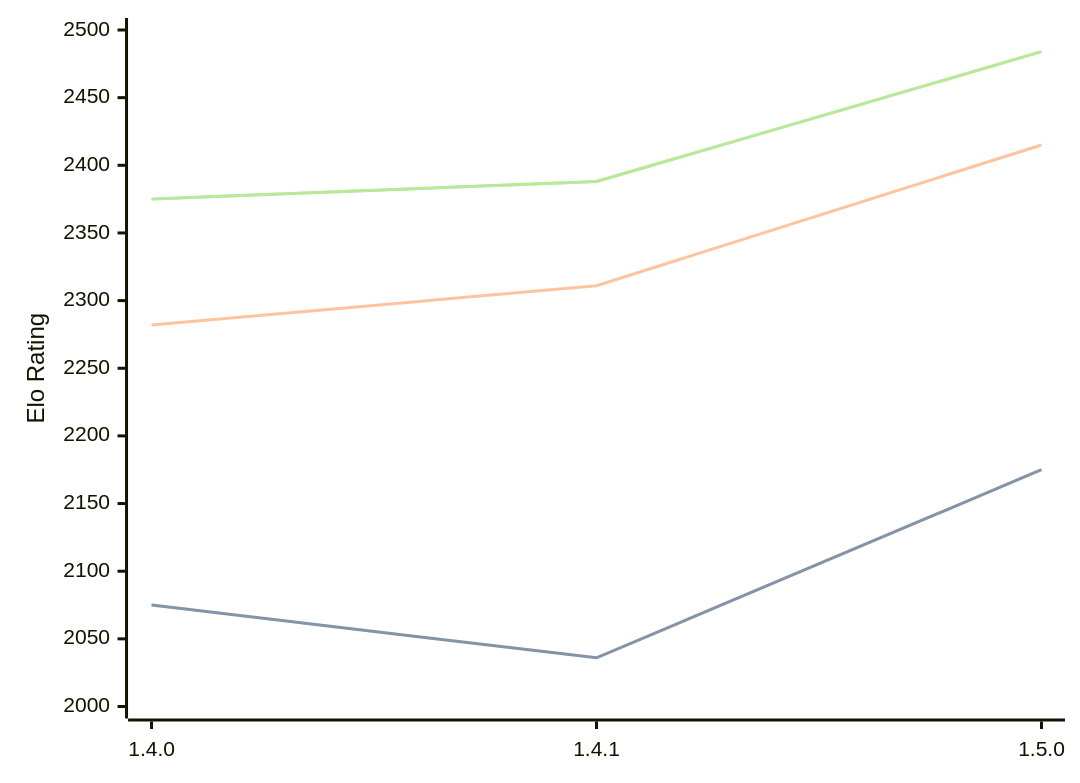
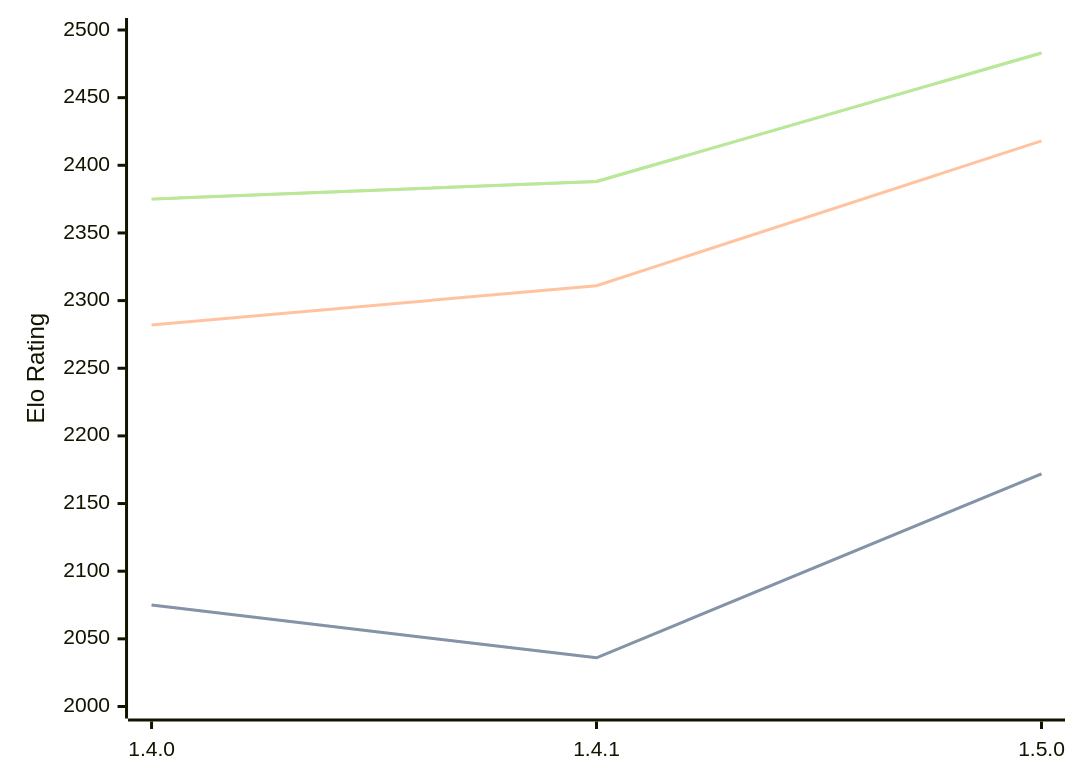
One commit to computer-chess-index/cci changed the first of 3 diagrams in engines/Tofiks.md. Above: the diagram before and after it, drawn with Mermaid. The commit also changed other lines of this file, not shown here.

Commit message:
Update CCI Ratings (ELO VLTC) - 2026-06-16

````diff
--- a/engines/Tofiks.md
+++ b/engines/Tofiks.md
@@ -37,11 +37,11 @@
 ```mermaid
 %%{init: {"theme":"base","themeVariables":{"seriesColors:['#a3a3a3','#222221','#faa371']}}}%%
 xychart-beta
   x-axis ["1.4.0", "1.4.1", "1.5.0"]
   y-axis "Elo Rating" 2000 --> 2500
-  line "STC (8.0+0.08s)" [2075, 2036, 2175]
-  line "STC (8.0+0.08s)" [2075, 2036, 2175]
-  line "LTC (60.0+0.60s)" [2282, 2311, 2415]
-  line "VLTC (2m24s+1.12s)" [2375, 2388, 2484]
-  line "VLTC (2m24s+1.12s)" [2375, 2388, 2484]
+  line "STC (8.0+0.08s)" [2075, 2036, 2172]
+  line "STC (8.0+0.08s)" [2075, 2036, 2172]
+  line "LTC (60.0+0.60s)" [2282, 2311, 2418]
+  line "VLTC (2m24s+1.12s)" [2375, 2388, 2483]
+  line "VLTC (2m24s+1.12s)" [2375, 2388, 2483]
 ```
````
